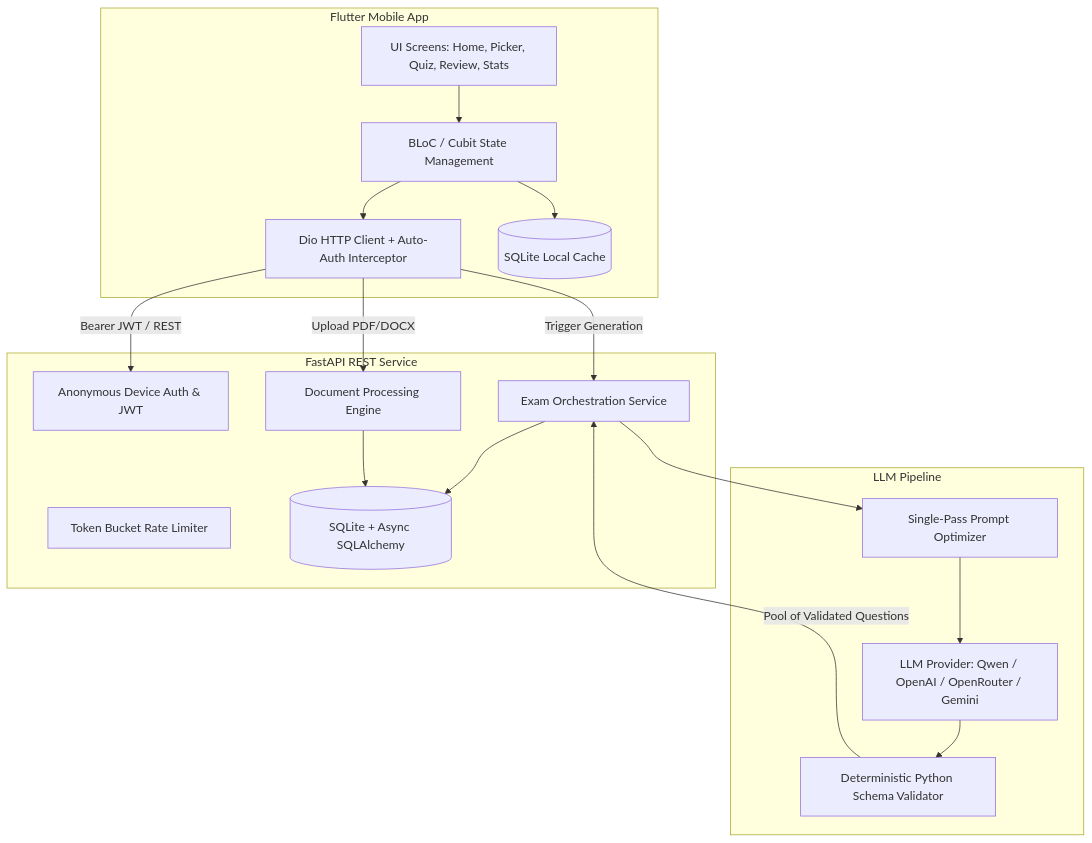
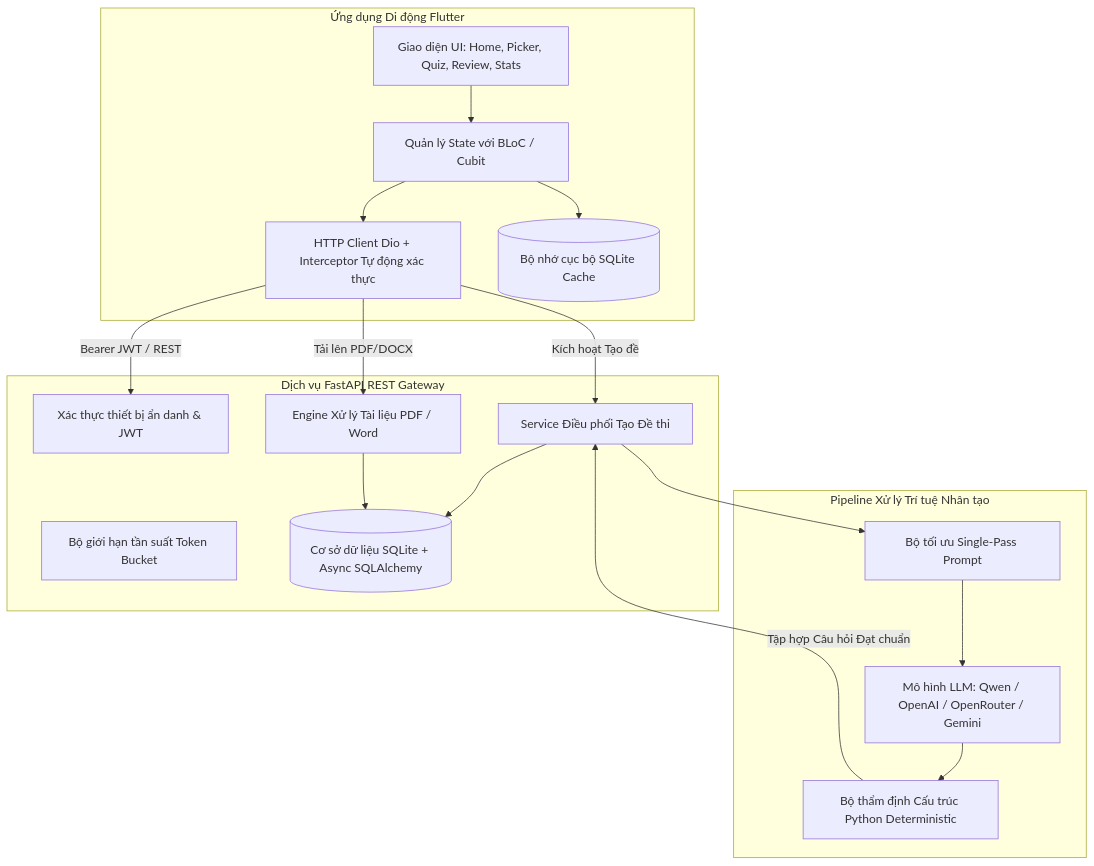
One commit to drim1210/Testo changed the diagram in README.md. Above: the diagram before and after it, drawn with Mermaid. The commit also changed other lines of this file, not shown here.

Commit message:
docs: localize README to professional Vietnamese for local recruitment

````diff
--- a/README.md
+++ b/README.md
@@ -54,38 +54,38 @@
 ```mermaid
 graph TD
-    subgraph Mobile Client [Flutter Mobile App]
-        UI[UI Screens: Home, Picker, Quiz, Review, Stats]
-        BLoC[BLoC / Cubit State Management]
-        DioClient[Dio HTTP Client + Auto-Auth Interceptor]
-        LocalDB[(SQLite Local Cache)]
+    subgraph Mobile Client [Ứng dụng Di động Flutter]
+        UI[Giao diện UI: Home, Picker, Quiz, Review, Stats]
+        BLoC[Quản lý State với BLoC / Cubit]
+        DioClient[HTTP Client Dio + Interceptor Tự động xác thực]
+        LocalDB[(Bộ nhớ cục bộ SQLite Cache)]
         
         UI --> BLoC
         BLoC --> LocalDB
         BLoC --> DioClient
     end
 
-    subgraph Backend API [FastAPI REST Service]
-        Auth[Anonymous Device Auth & JWT]
-        DocService[Document Processing Engine]
-        ExamService[Exam Orchestration Service]
-        RateLimiter[Token Bucket Rate Limiter]
-        DB[(SQLite + Async SQLAlchemy)]
+    subgraph Backend API [Dịch vụ FastAPI REST Gateway]
+        Auth[Xác thực thiết bị ẩn danh & JWT]
+        DocService[Engine Xử lý Tài liệu PDF / Word]
+        ExamService[Service Điều phối Tạo Đề thi]
+        RateLimiter[Bộ giới hạn tần suất Token Bucket]
+        DB[(Cơ sở dữ liệu SQLite + Async SQLAlchemy)]
 
         DioClient -->|Bearer JWT / REST| Auth
-        DioClient -->|Upload PDF/DOCX| DocService
-        DioClient -->|Trigger Generation| ExamService
+        DioClient -->|Tải lên PDF/DOCX| DocService
+        DioClient -->|Kích hoạt Tạo đề| ExamService
         ExamService --> DB
         DocService --> DB
     end
 
-    subgraph AI Engine [LLM Pipeline]
-        PromptEngine[Single-Pass Prompt Optimizer]
-        LLM[LLM Provider: Qwen / OpenAI / OpenRouter / Gemini]
-        LocalValidator[Deterministic Python Schema Validator]
+    subgraph AI Engine [Pipeline Xử lý Trí tuệ Nhân tạo]
+        PromptEngine[Bộ tối ưu Single-Pass Prompt]
+        LLM[Mô hình LLM: Qwen / OpenAI / OpenRouter / Gemini]
+        LocalValidator[Bộ thẩm định Cấu trúc Python Deterministic]
 
         ExamService --> PromptEngine
         PromptEngine --> LLM
         LLM --> LocalValidator
-        LocalValidator -->|Pool of Validated Questions| ExamService
+        LocalValidator -->|Tập hợp Câu hỏi Đạt chuẩn| ExamService
     end
 ```
````
